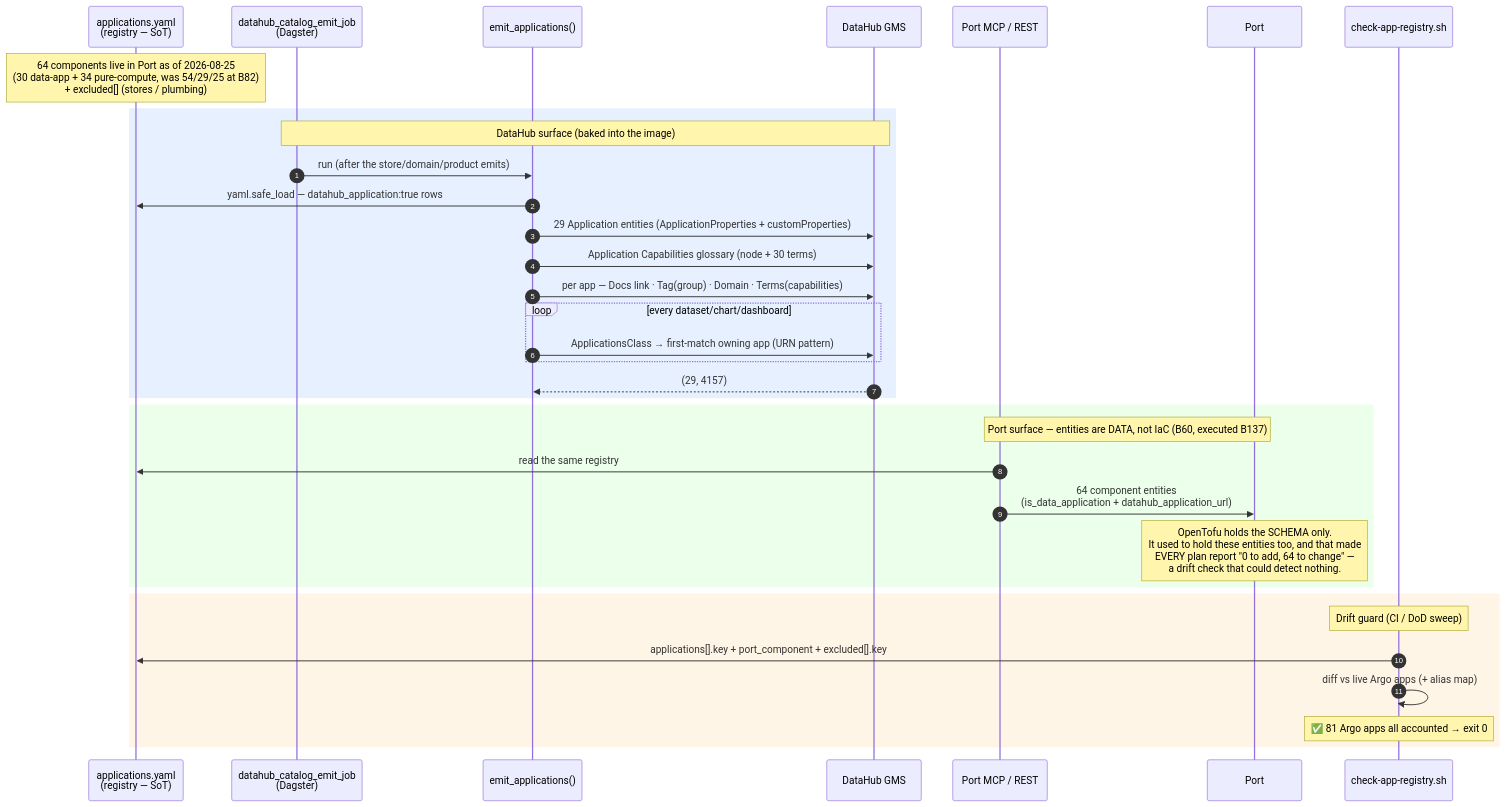
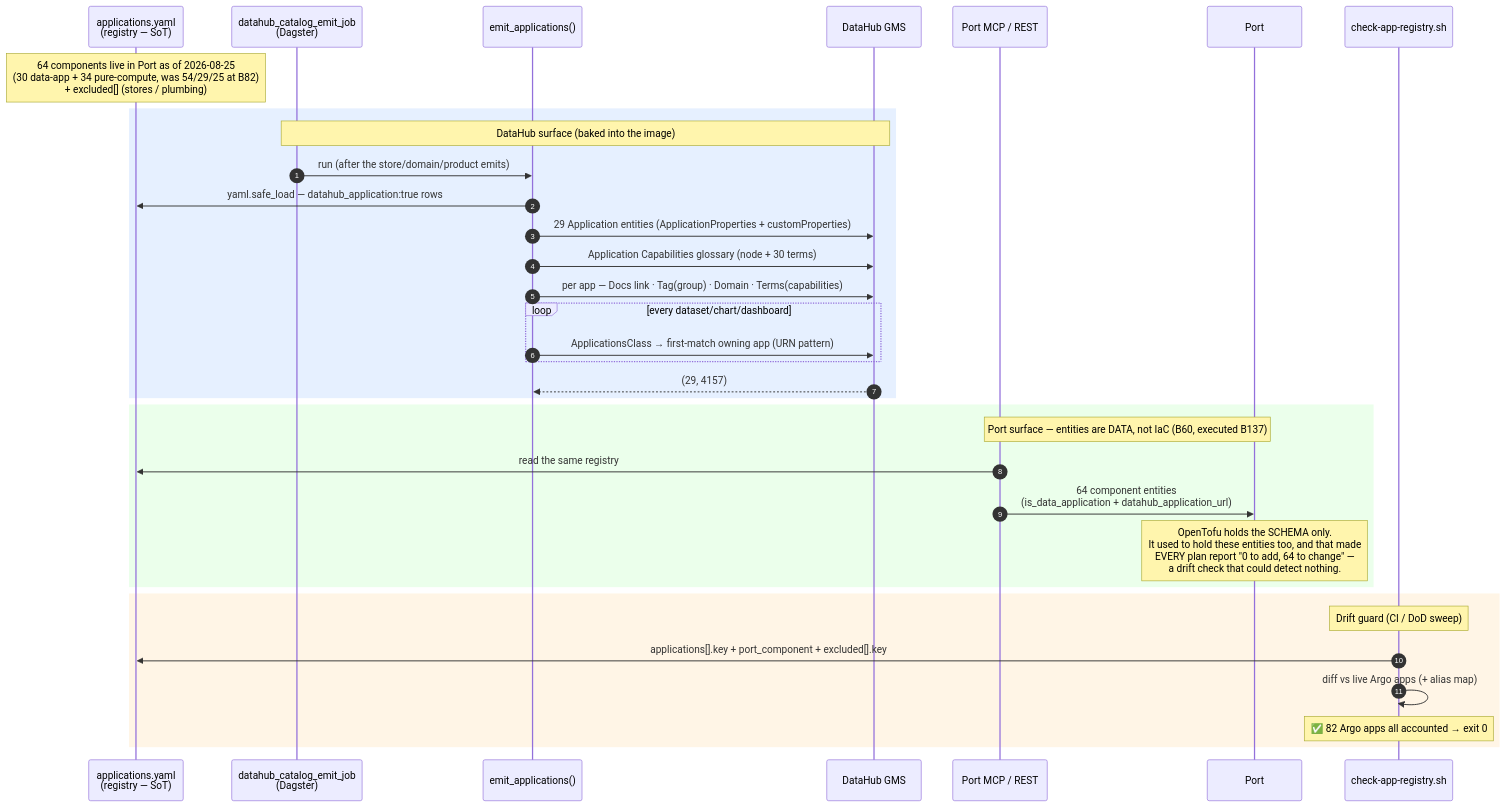
The diagram in docs/diagrams/flow-application-taxonomy.md (edtbl76/weyland-lab), drawn with Mermaid before and after one commit. The commit also changed 19 other files, not shown here.

````diff
--- a/docs/diagrams/flow-application-taxonomy.md
+++ b/docs/diagrams/flow-application-taxonomy.md
@@ -6,40 +6,40 @@
 ```mermaid
 sequenceDiagram
     autonumber
     participant REG as applications.yaml<br/>(registry — SoT)
     participant JOB as datahub_catalog_emit_job<br/>(Dagster)
     participant EMIT as emit_applications()
     participant GMS as DataHub GMS
     participant MCP as Port MCP / REST
     participant PORT as Port
     participant CHK as check-app-registry.sh
 
     Note over REG: 64 components live in Port as of 2026-08-25<br/>(30 data-app + 34 pure-compute, was 54/29/25 at B82)<br/>+ excluded[] (stores / plumbing)
 
     rect rgb(230,240,255)
     Note over JOB,GMS: DataHub surface (baked into the image)
     JOB->>EMIT: run (after the store/domain/product emits)
     EMIT->>REG: yaml.safe_load — datahub_application:true rows
     EMIT->>GMS: 29 Application entities (ApplicationProperties + customProperties)
     EMIT->>GMS: Application Capabilities glossary (node + 30 terms)
     EMIT->>GMS: per app — Docs link · Tag(group) · Domain · Terms(capabilities)
     loop every dataset/chart/dashboard
         EMIT->>GMS: ApplicationsClass → first-match owning app (URN pattern)
     end
     GMS-->>EMIT: (29, 4157)
     end
 
     rect rgb(235,255,235)
     Note over MCP,PORT: Port surface — entities are DATA, not IaC (B60, executed B137)
     MCP->>REG: read the same registry
     MCP->>PORT: 64 component entities<br/>(is_data_application + datahub_application_url)
     Note over PORT: OpenTofu holds the SCHEMA only.<br/>It used to hold these entities too, and that made<br/>EVERY plan report "0 to add, 64 to change" —<br/>a drift check that could detect nothing.
     end
 
     rect rgb(255,245,230)
     Note over CHK: Drift guard (CI / DoD sweep)
     CHK->>REG: applications[].key + port_component + excluded[].key
     CHK->>CHK: diff vs live Argo apps (+ alias map)
-    Note over CHK: ✅ 81 Argo apps all accounted → exit 0
+    Note over CHK: ✅ 82 Argo apps all accounted → exit 0
     end
 ```
````
